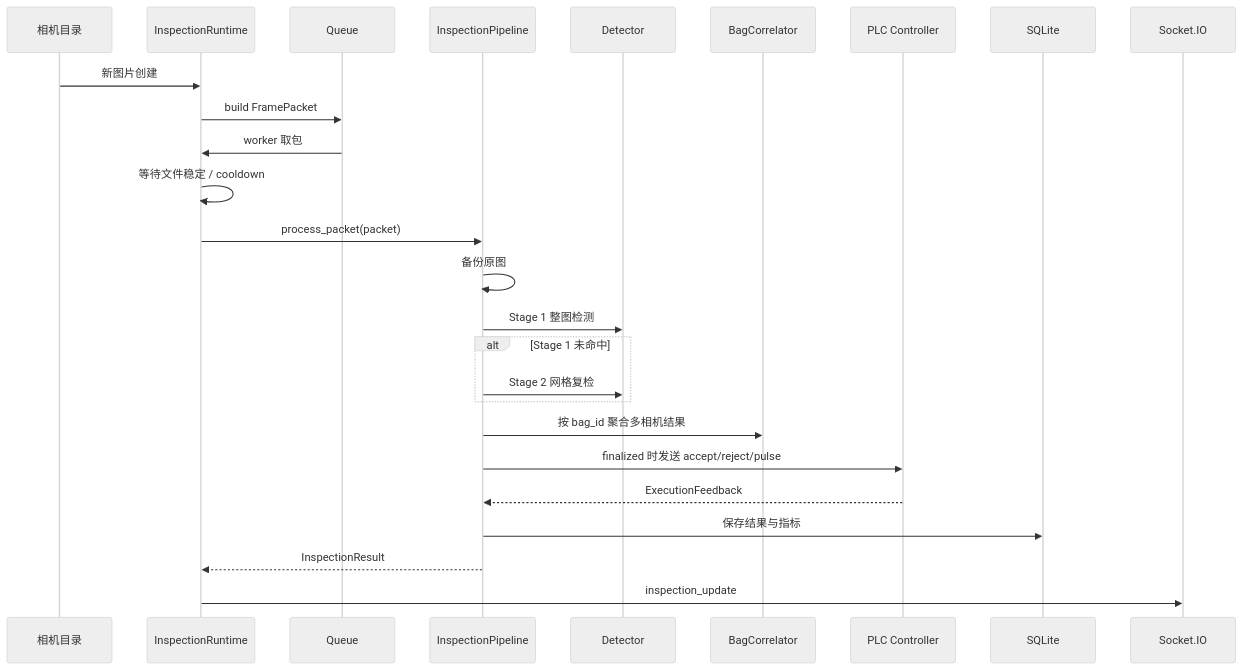
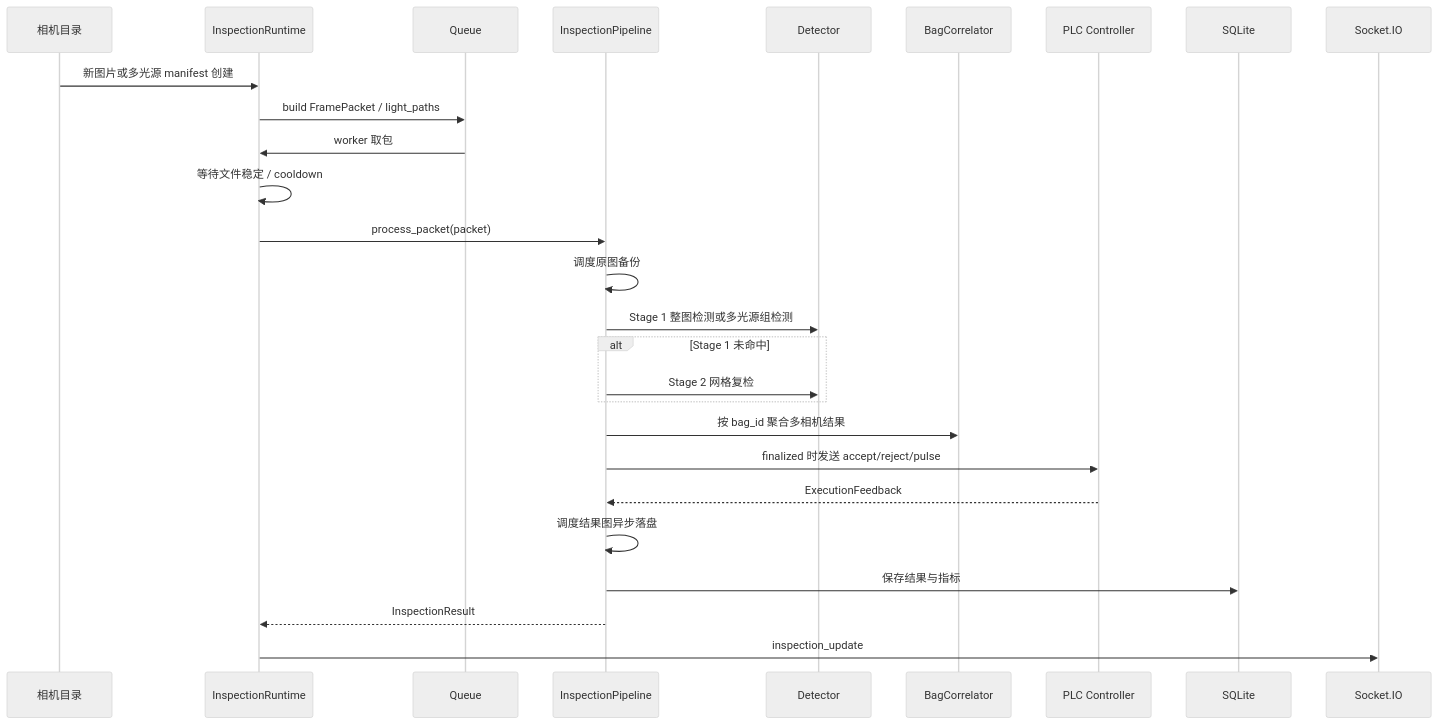
One commit to MzKyle/Defect-detection-of-water-sampling-bags changed the diagram in docs/architecture/data-flow.md. Above: the diagram before and after it, drawn with Mermaid (neutral theme). The commit also changed other lines of this file and 43 other files, not shown here.

````diff
--- a/docs/architecture/data-flow.md
+++ b/docs/architecture/data-flow.md
@@ -5,29 +5,30 @@
 ```mermaid
 sequenceDiagram
     participant Camera as 相机目录
     participant Runtime as InspectionRuntime
     participant Queue as Queue
     participant Pipeline as InspectionPipeline
     participant Detector as Detector
     participant Correlator as BagCorrelator
     participant PLC as PLC Controller
     participant DB as SQLite
     participant Web as Socket.IO
 
-    Camera->>Runtime: 新图片创建
-    Runtime->>Queue: build FramePacket
+    Camera->>Runtime: 新图片或多光源 manifest 创建
+    Runtime->>Queue: build FramePacket / light_paths
     Queue->>Runtime: worker 取包
     Runtime->>Runtime: 等待文件稳定 / cooldown
     Runtime->>Pipeline: process_packet(packet)
-    Pipeline->>Pipeline: 备份原图
-    Pipeline->>Detector: Stage 1 整图检测
+    Pipeline->>Pipeline: 调度原图备份
+    Pipeline->>Detector: Stage 1 整图检测或多光源组检测
     alt Stage 1 未命中
         Pipeline->>Detector: Stage 2 网格复检
     end
     Pipeline->>Correlator: 按 bag_id 聚合多相机结果
     Pipeline->>PLC: finalized 时发送 accept/reject/pulse
     PLC-->>Pipeline: ExecutionFeedback
+    Pipeline->>Pipeline: 调度结果图异步落盘
     Pipeline->>DB: 保存结果与指标
     Pipeline-->>Runtime: InspectionResult
     Runtime->>Web: inspection_update
 ```
````
